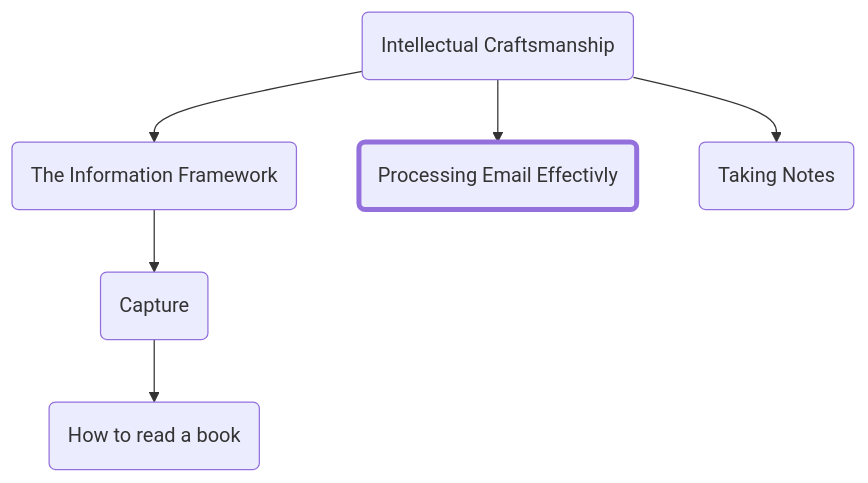
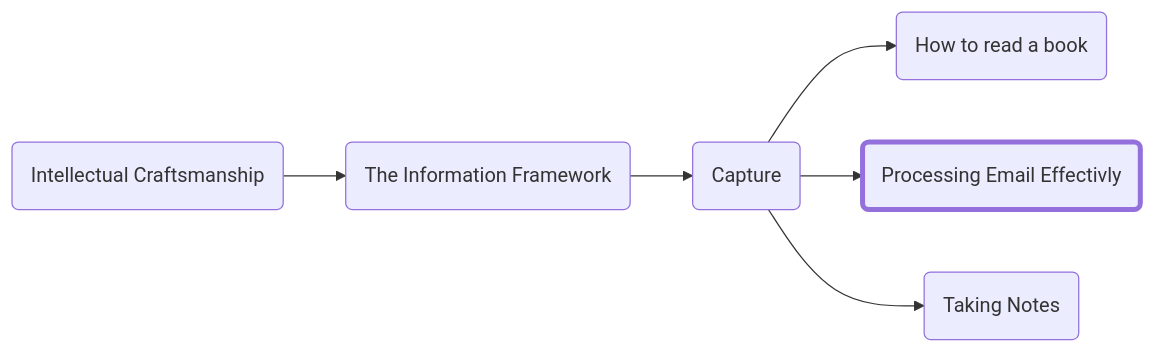
Before and after one commit to forrestpitz/forrestpitz.github.io: the diagram in _posts/2023-01-05-email.md, drawn with Mermaid. The commit also changed 2 other files, not shown here.

Commit message:
fixing capture nav

````diff
--- a/_posts/2023-01-05-email.md
+++ b/_posts/2023-01-05-email.md
@@ -73,16 +73,16 @@
 ```mermaid
-graph TD;
+graph LR;
   A(Intellectual Craftsmanship)-->B(The Information Framework)
   B-->C(Capture)
   C-->D(How to read a book)
-  A-->E(Processing Email Effectivly)
-  A-->F(Taking Notes)
+  C-->E(Processing Email Effectivly)
+  C-->F(Taking Notes)
 
   style E stroke-width:4px
 
   click A "{% post_url 2023-01-05-intro %}"
   click B "{% post_url 2023-01-05-info-framework %}"
   click C "{% post_url 2023-01-05-capture %}"
-  click D "{% post_url 2023-01-05-readabook %}"
+  click E "{% post_url 2023-01-05-email %}"
   click F "{% post_url 2023-01-05-notetaking %}"
 ```
````
